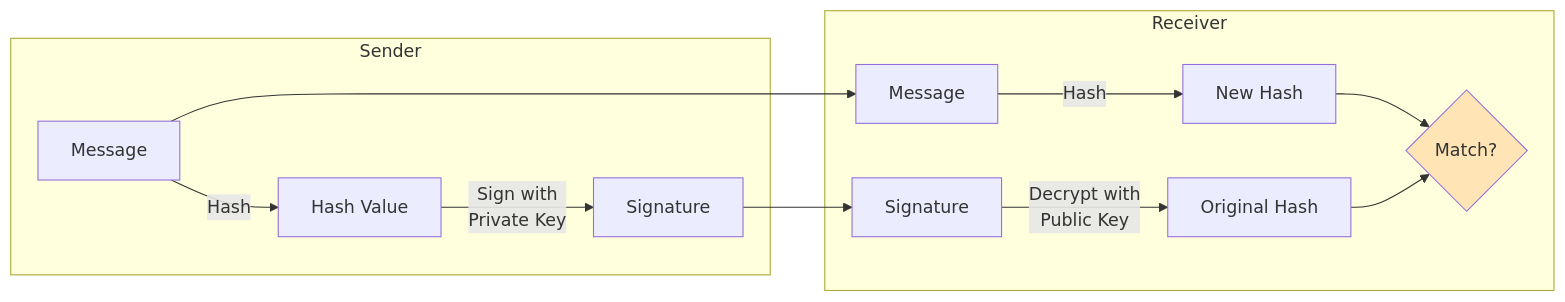
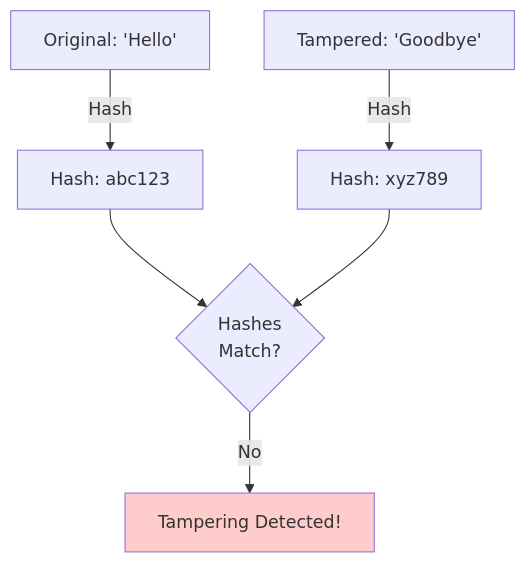
Before and after one commit to kousen/software-design-course: the tenth of 10 diagrams in slides/week-12-spring-ai/slides.md, drawn with Mermaid. The commit also changed other lines of this file, not shown here.

First line of the commit message:
Simplify PKI diagrams to prevent overflow

````diff
--- a/slides/week-12-spring-ai/slides.md
+++ b/slides/week-12-spring-ai/slides.md
@@ -838,19 +852,11 @@
 ```mermaid
-flowchart LR
-    subgraph Sender
-    A[Message] -->|Hash| B[Hash Value]
-    B -->|Sign with<br/>Private Key| C[Signature]
-    end
+flowchart TD
+    A[Original: 'Hello'] -->|Hash| B[Hash: abc123]
+    C[Tampered: 'Goodbye'] -->|Hash| D[Hash: xyz789]
 
-    A --> D[Message]
-    C --> E[Signature]
+    B --> E{Hashes<br/>Match?}
+    D --> E
+    E -->|No| F[Tampering Detected!]
 
-    subgraph Receiver
-    D -->|Hash| F[New Hash]
-    E -->|Decrypt with<br/>Public Key| G[Original Hash]
-    F --> H{Match?}
-    G --> H
-    end
-
-    style H fill:#FFE4B5
+    style F fill:#ffcccc
 ```
````
